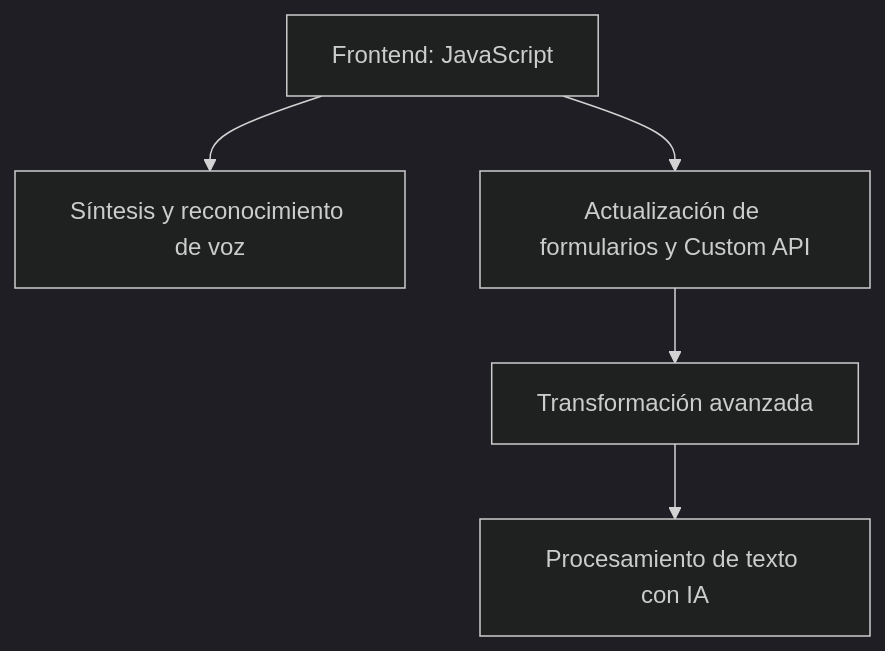
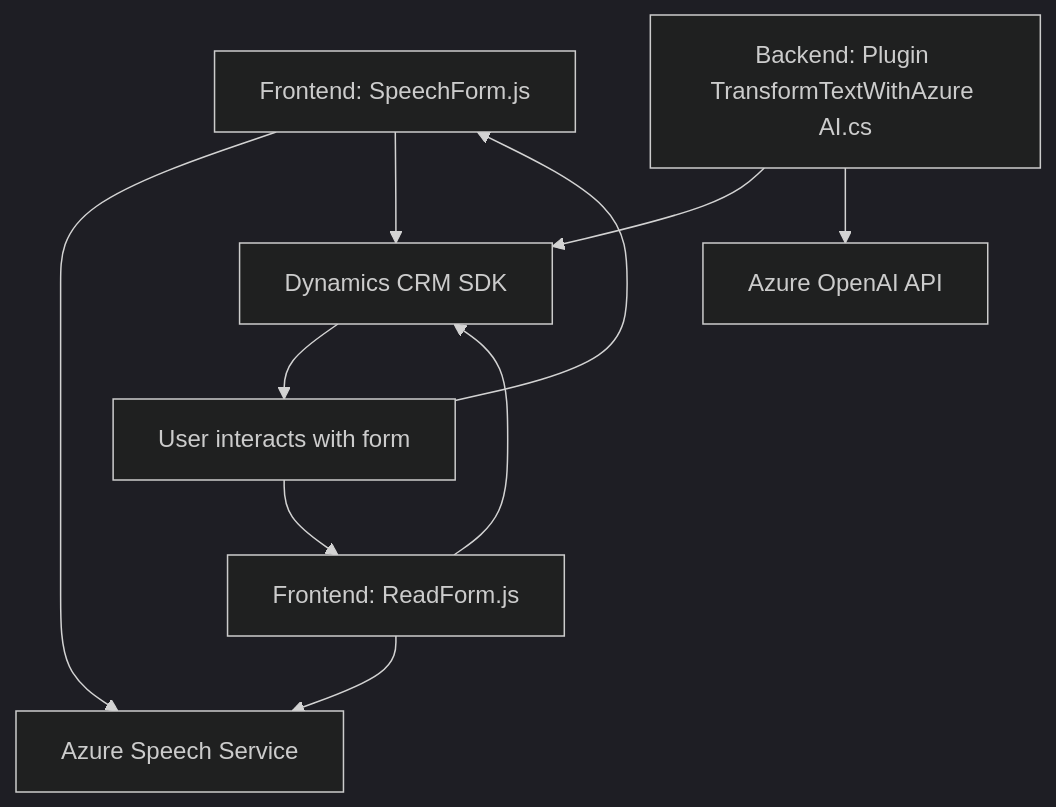
Before and after one commit to blopezdm/NETCORE_BILBAO2025: the diagram in README.md, drawn with Mermaid (dark theme). The commit also changed other lines of this file, not shown here.

Commit message:
Actualizar análisis global de la solución con IA

````diff
--- a/README.md
+++ b/README.md
@@ -40,13 +34,20 @@
 ```mermaid
 graph TD
-  A["Frontend: JavaScript"]
-  B["Azure Speech SDK"]
-  C["Dynamics Web API"]
-  D["Backend: Plugins (C#)"]
-  E["Azure OpenAI API"]
-  
-  A --> B["Síntesis y reconocimiento de voz"]
-  A --> C["Actualización de formularios y Custom API"]
-  C --> D["Transformación avanzada"]
-  D --> E["Procesamiento de texto con IA"]
+  A["Frontend: SpeechForm.js"]
+  B["Frontend: ReadForm.js"]
+  C["Backend: Plugin TransformTextWithAzure AI.cs"]
+  D["Azure Speech Service"]
+  E["Dynamics CRM SDK"]
+  F["Azure OpenAI API"]
+  G["User interacts with form"]
+
+  G --> A
+  G --> B
+  A --> D
+  B --> D
+  A --> E
+  B --> E
+  C --> E
+  C --> F
+  E --> G
 ```
````
